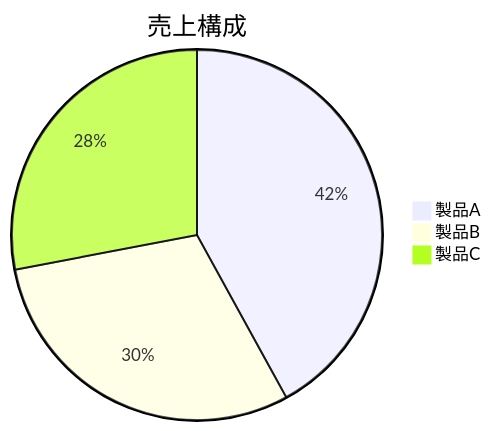
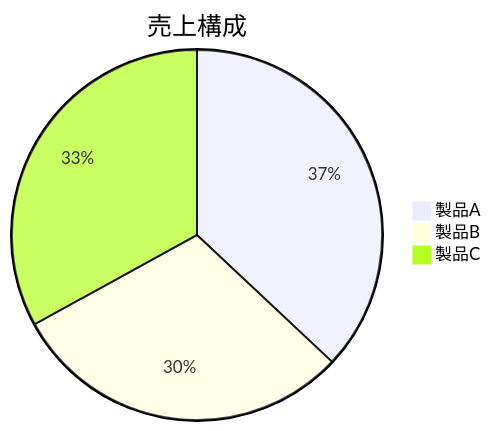
One commit to noriyuki-lim/obsidian-mermaid-gui changed the eighth of 34 diagrams in docs/mermaid-diagram-types.md. Above: the diagram before and after it, drawn with Mermaid. The commit also changed other lines of this file and 1 other file, not shown here.

First line of the commit message:
docs: add frontmatter and tweak pie sample in mermaid type reference

````diff
--- a/docs/mermaid-diagram-types.md
+++ b/docs/mermaid-diagram-types.md
@@ -175,6 +180,6 @@
 ```mermaid
 pie title 売上構成
-  "製品A" : 42
+  "製品A" : 37
   "製品B" : 30
-  "製品C" : 28
+  "製品C" : 33
 ```
````
